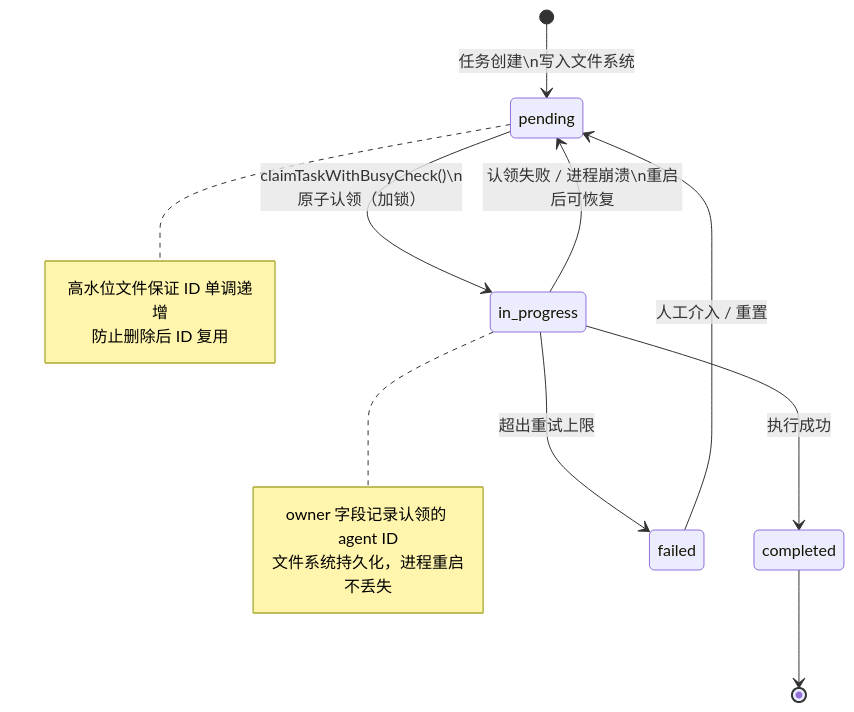
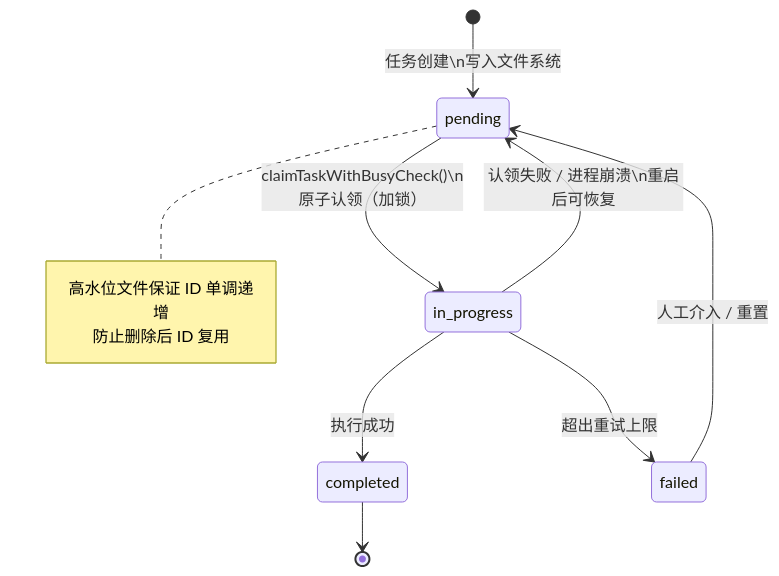
Before and after one commit to xuhengzhi75/claude-code-source: the first of 2 diagrams in docs/book/chapters/ch08-任务系统.md, drawn with Mermaid. The commit also changed other lines of this file and 23 other files, not shown here.

````diff
--- a/docs/book/chapters/ch08-任务系统.md
+++ b/docs/book/chapters/ch08-任务系统.md
@@ -13,19 +21,15 @@
 ```mermaid
 stateDiagram-v2
     [*] --> pending : 任务创建\n写入文件系统
     pending --> in_progress : claimTaskWithBusyCheck()\n原子认领（加锁）
     in_progress --> completed : 执行成功
     in_progress --> pending : 认领失败 / 进程崩溃\n重启后可恢复
     in_progress --> failed : 超出重试上限
     completed --> [*]
     failed --> pending : 人工介入 / 重置
 
     note right of pending
         高水位文件保证 ID 单调递增
         防止删除后 ID 复用
     end note
-    note right of in_progress
-        owner 字段记录认领的 agent ID
-        文件系统持久化，进程重启不丢失
-    end note
 ```
````
